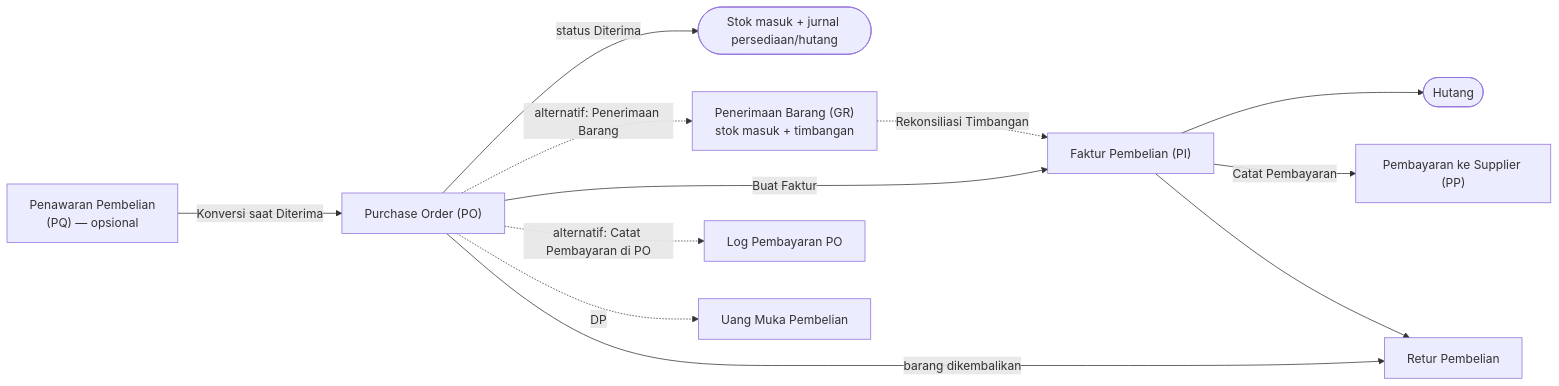
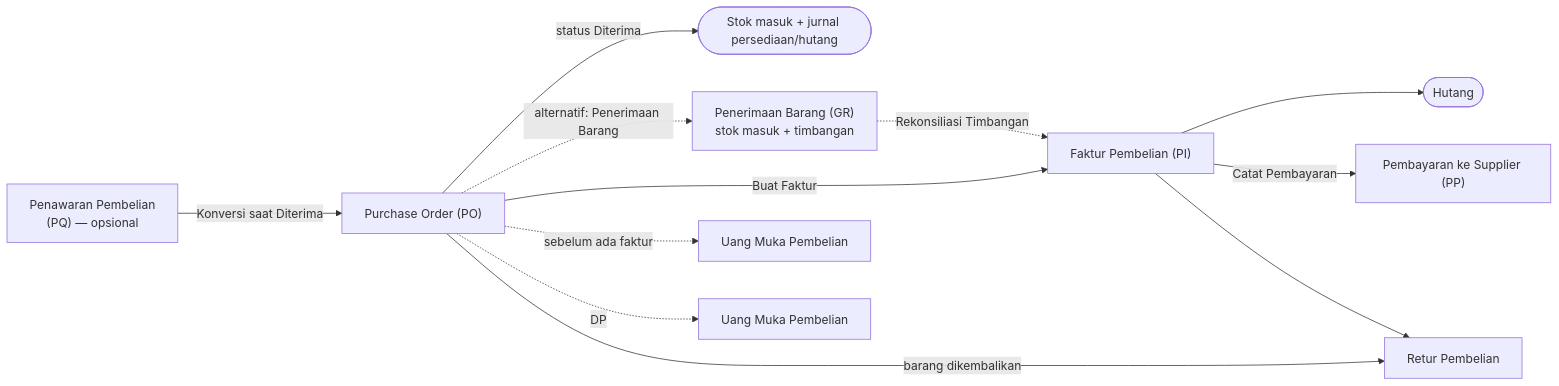
Before and after one commit to frederick-allensius/Nusantara-ERP: the second of 3 diagrams in docs/03-ALUR-TRANSAKSI.md, drawn with Mermaid. The commit also changed other lines of this file and 8 other files, not shown here.

````diff
--- a/docs/03-ALUR-TRANSAKSI.md
+++ b/docs/03-ALUR-TRANSAKSI.md
@@ -46,14 +46,14 @@
 ```mermaid
 flowchart LR
   PQ["Penawaran Pembelian<br/>(PQ) — opsional"] -->|Konversi saat Diterima| PO["Purchase Order (PO)"]
   PO -->|status Diterima| IN(["Stok masuk + jurnal persediaan/hutang"])
   PO -.->|alternatif: Penerimaan Barang| GR["Penerimaan Barang (GR)<br/>stok masuk + timbangan"]
   GR -.->|Rekonsiliasi Timbangan| PI
   PO -->|Buat Faktur| PI["Faktur Pembelian (PI)"]
   PI --> AP(["Hutang"])
   PI -->|Catat Pembayaran| PP["Pembayaran ke Supplier (PP)"]
-  PO -.->|alternatif: Catat Pembayaran di PO| PLP["Log Pembayaran PO"]
+  PO -.->|sebelum ada faktur| PLP["Uang Muka Pembelian"]
   PO -.->|DP| PDP["Uang Muka Pembelian"]
   PO -->|barang dikembalikan| PRN["Retur Pembelian"]
   PI --> PRN
 ```
````
